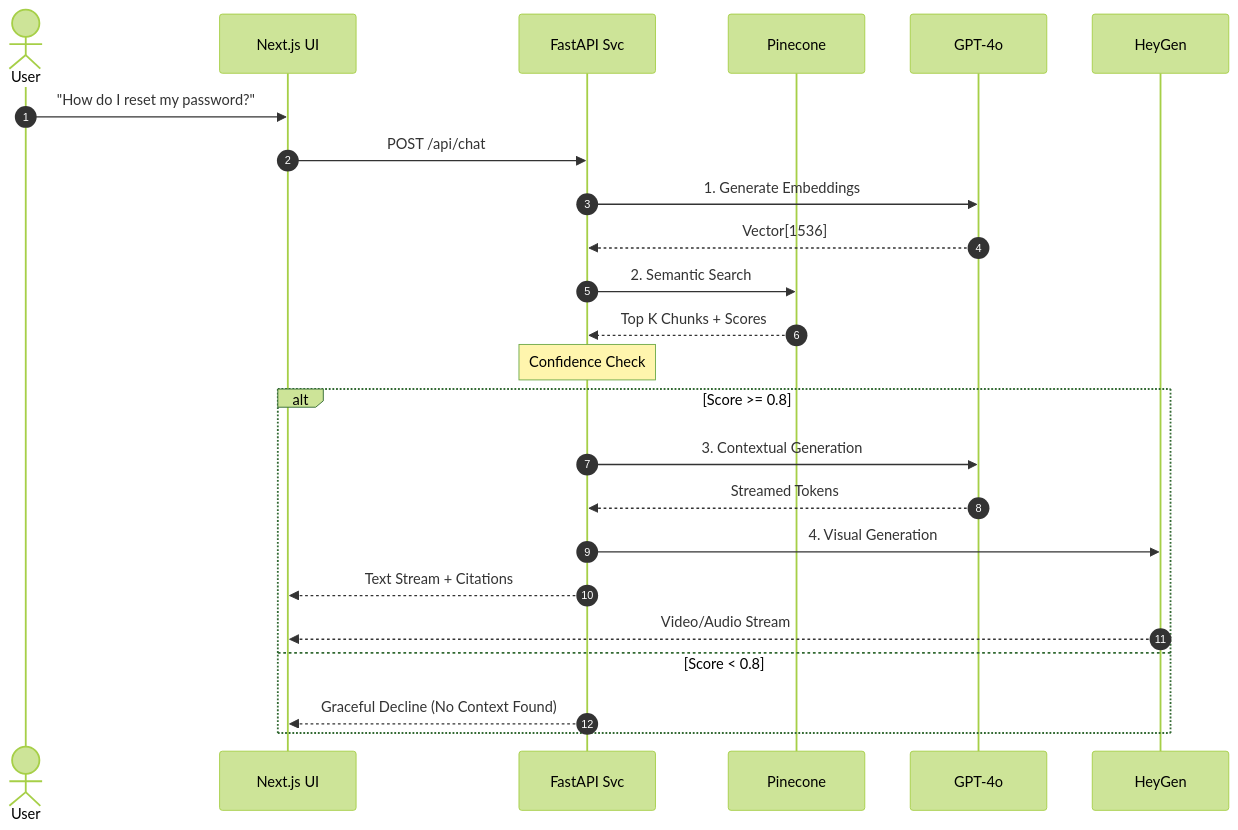
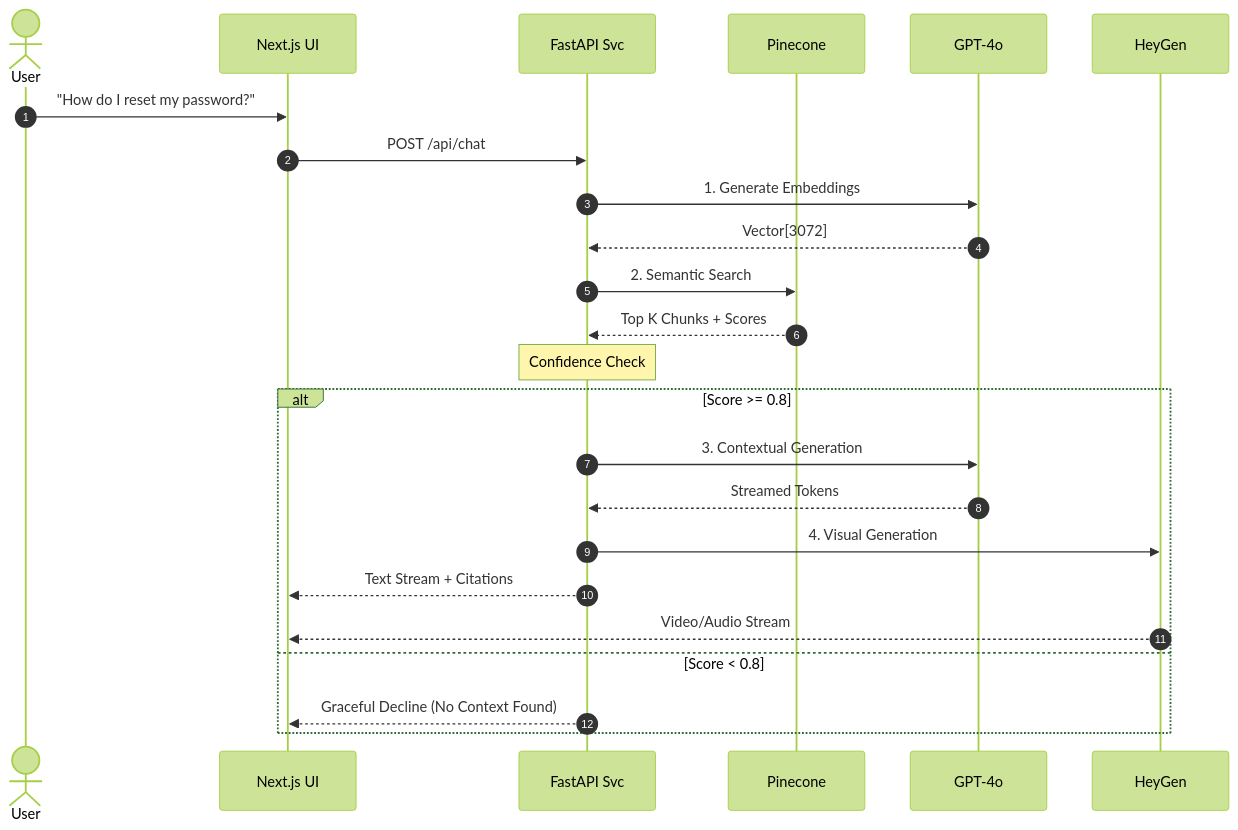
The second of 2 diagrams in README.md (AbhayKauts21/Vanguard), drawn with Mermaid (forest theme) before and after one commit. The commit also changed other lines of this file and 43 other files, not shown here.

````diff
--- a/README.md
+++ b/README.md
@@ -62,28 +62,28 @@
 ```mermaid
 sequenceDiagram
     autonumber
     actor User
     participant Frontend as Next.js UI
     participant Backend as FastAPI Svc
     participant VDB as Pinecone
     participant LLM as GPT-4o
     participant Avatar as HeyGen
 
     User->>Frontend: "How do I reset my password?"
     Frontend->>Backend: POST /api/chat
     Backend->>LLM: 1. Generate Embeddings
-    LLM-->>Backend: Vector[1536]
+    LLM-->>Backend: Vector[3072]
     Backend->>VDB: 2. Semantic Search
     VDB-->>Backend: Top K Chunks + Scores
     
     Note over Backend: Confidence Check
     alt Score >= 0.8
         Backend->>LLM: 3. Contextual Generation
         LLM-->>Backend: Streamed Tokens
         Backend->>Avatar: 4. Visual Generation
         Backend-->>Frontend: Text Stream + Citations
         Avatar-->>Frontend: Video/Audio Stream
     else Score < 0.8
         Backend-->>Frontend: Graceful Decline (No Context Found)
     end
 ```
````
